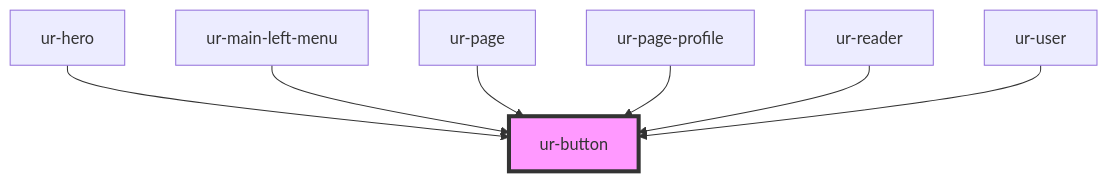
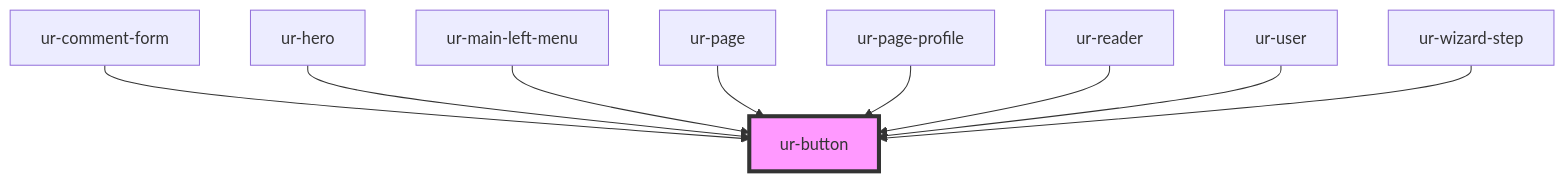
Before and after one commit to hellish/urnovl-web-components: the diagram in src/components/ur-button/readme.md, drawn with Mermaid. The commit also changed other lines of this file and 19 other files, not shown here.

````diff
--- a/src/components/ur-button/readme.md
+++ b/src/components/ur-button/readme.md
@@ -31,10 +34,12 @@
 ```mermaid
 graph TD;
+  ur-comment-form --> ur-button
   ur-hero --> ur-button
   ur-main-left-menu --> ur-button
   ur-page --> ur-button
   ur-page-profile --> ur-button
   ur-reader --> ur-button
   ur-user --> ur-button
+  ur-wizard-step --> ur-button
   style ur-button fill:#f9f,stroke:#333,stroke-width:4px
 ```
````
